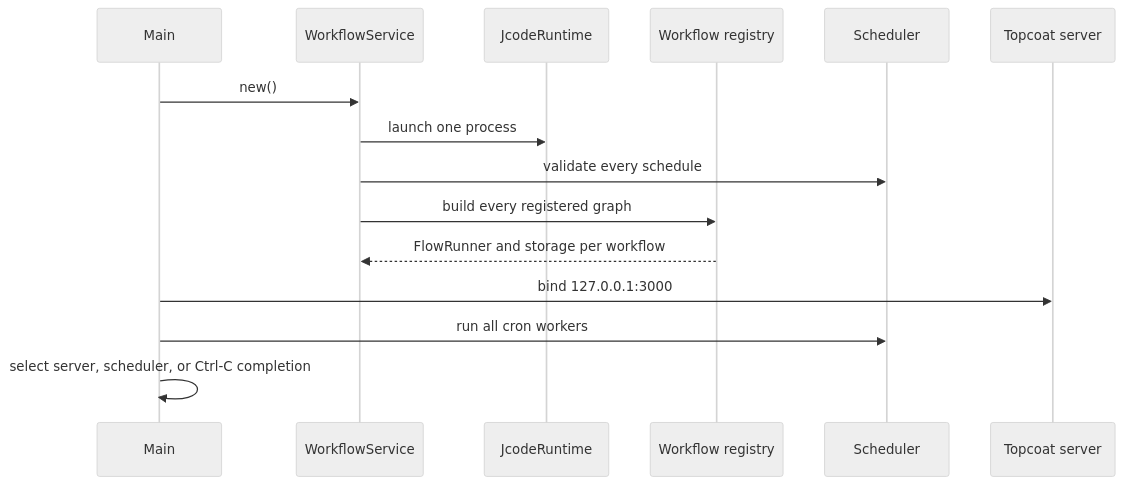
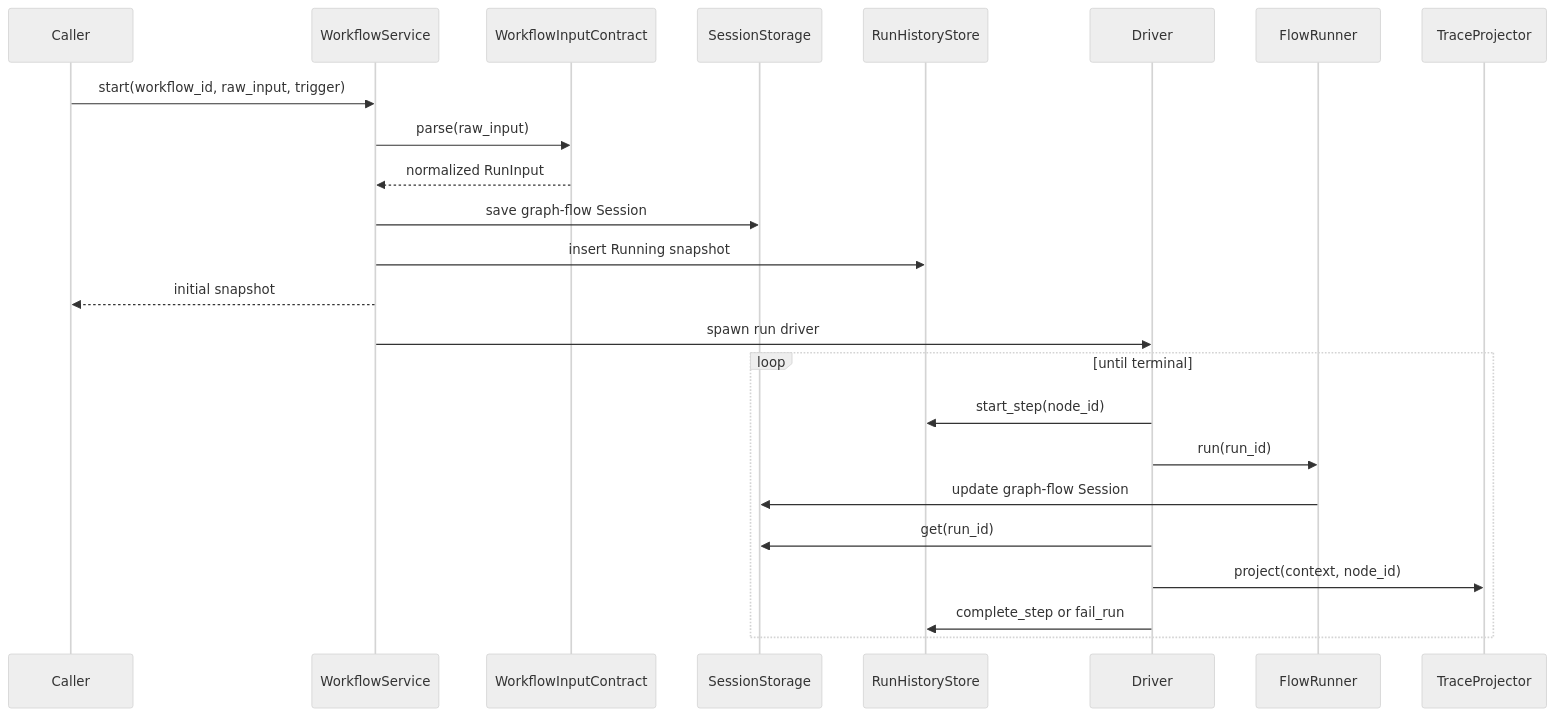
Before and after one commit to totto2727-org/flowdeck: the second of 2 diagrams in docs/architecture.md, drawn with Mermaid (neutral theme). The commit also changed other lines of this file and 6 other files, not shown here.

First line of the commit message:
docs(architecture): separate console and jcode ownership

````diff
--- a/docs/architecture.md
+++ b/docs/architecture.md
@@ -60,18 +151,27 @@
 ```mermaid
 sequenceDiagram
-    participant Main
+    participant Caller
     participant Service as WorkflowService
-    participant Jcode as JcodeRuntime
-    participant Registry as Workflow registry
-    participant Scheduler
-    participant Server as Topcoat server
+    participant Input as WorkflowInputContract
+    participant Storage as SessionStorage
+    participant History as RunHistoryStore
+    participant Driver
+    participant Runner as FlowRunner
+    participant Projector as TraceProjector
 
-    Main->>Service: new()
-    Service->>Jcode: launch one process
-    Service->>Scheduler: validate every schedule
-    Service->>Registry: build every registered graph
-    Registry-->>Service: FlowRunner and storage per workflow
-    Main->>Server: bind 127.0.0.1:3000
-    Main->>Scheduler: run all cron workers
-    Main->>Main: select server, scheduler, or Ctrl-C completion
+    Caller->>Service: start(workflow_id, raw_input, trigger)
+    Service->>Input: parse(raw_input)
+    Input-->>Service: normalized RunInput
+    Service->>Storage: save graph-flow Session
+    Service->>History: insert Running snapshot
+    Service-->>Caller: initial snapshot
+    Service->>Driver: spawn run driver
+    loop until terminal
+        Driver->>History: start_step(node_id)
+        Driver->>Runner: run(run_id)
+        Runner->>Storage: update graph-flow Session
+        Driver->>Storage: get(run_id)
+        Driver->>Projector: project(context, node_id)
+        Driver->>History: complete_step or fail_run
+    end
 ```
````
